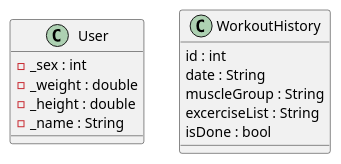
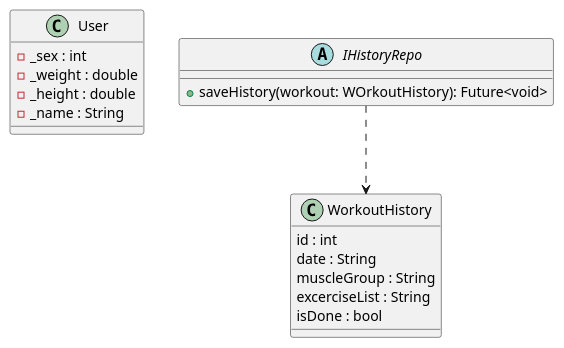
The diagram in user_workout.puml (KATTSS/Workout_planner), drawn with PlantUML before and after one commit. The commit also changed 1 other file, not shown here.

Commit message:
Feature: add db diagram

```diff
--- a/user_workout.puml
+++ b/user_workout.puml
@@ -1,18 +1,24 @@
 @startuml UserWorkout
 
 class User {
     - _sex : int 
     - _weight : double 
     - _height : double 
     - _name : String 
 }
 
 class WorkoutHistory {
     id : int
     date : String 
     muscleGroup : String
     excerciseList : String
     isDone : bool 
 }
 
+abstract class IHistoryRepo {
+    + saveHistory(workout: WOrkoutHistory): Future<void>
+}
+
+IHistoryRepo ..> WorkoutHistory
+
 @enduml
```
